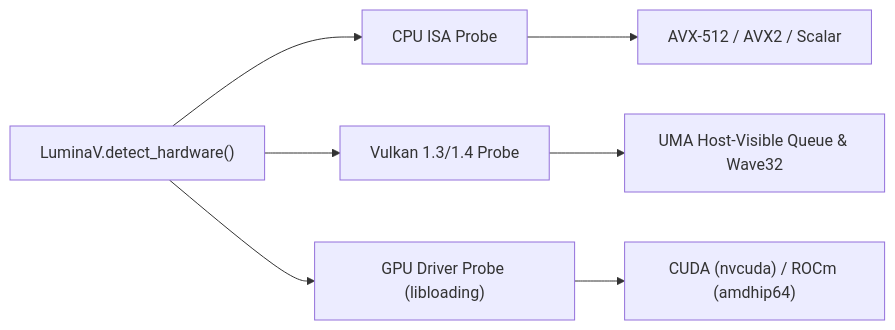
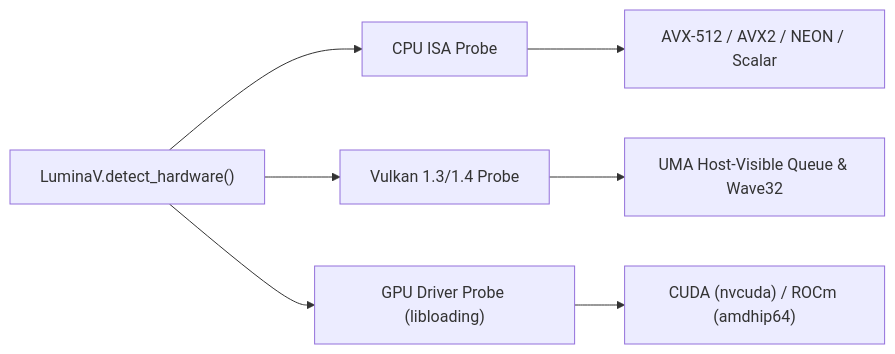
The first of 2 diagrams in docs/optimize/dispatch/README.md (cloverx-id/luminamoon), drawn with Mermaid before and after one commit. The commit also changed other lines of this file and 6 other files, not shown here.

````diff
--- a/docs/optimize/dispatch/README.md
+++ b/docs/optimize/dispatch/README.md
@@ -11,9 +11,9 @@
 ```mermaid
 flowchart LR
     Probe["LuminaV.detect_hardware()"] --> CPU["CPU ISA Probe"]
     Probe --> VK["Vulkan 1.3/1.4 Probe"]
     Probe --> GPU["GPU Driver Probe (libloading)"]
-    CPU --> ISA["AVX-512 / AVX2 / Scalar"]
+    CPU --> ISA["AVX-512 / AVX2 / NEON / Scalar"]
     VK --> UMA["UMA Host-Visible Queue & Wave32"]
     GPU --> Driver["CUDA (nvcuda) / ROCm (amdhip64)"]
 ```
````
